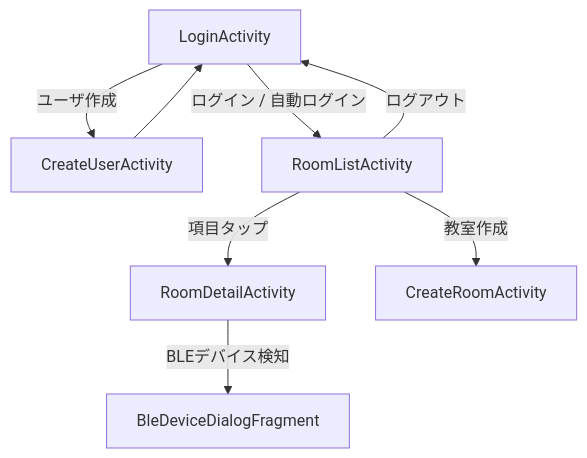
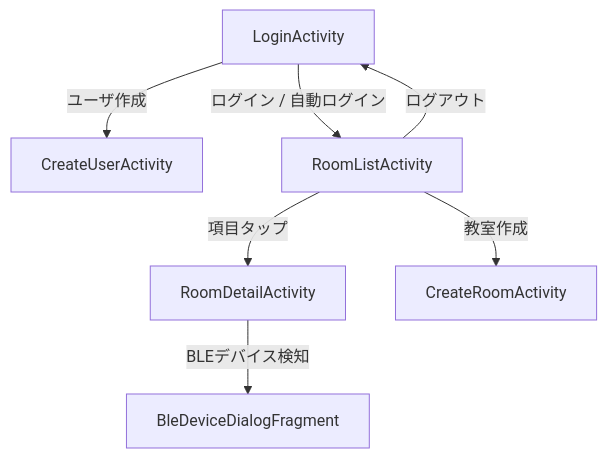
Before and after one commit to YoshiharaTakahiro/RoomMonitor: the diagram in README.md, drawn with Mermaid.

Commit message:
README.meの画面遷移変更

````diff
--- a/README.md
+++ b/README.md
@@ -50,10 +50,9 @@
 ```mermaid
 flowchart TD
     Login[LoginActivity] -->|ユーザ作成| CreateUser[CreateUserActivity]
     Login -->|ログイン / 自動ログイン| RoomList[RoomListActivity]
-    CreateUser --> Login
     RoomList -->|項目タップ| RoomDetail[RoomDetailActivity]
     RoomList -->|ログアウト| Login
     RoomList -->|教室作成| CreateRoom[CreateRoomActivity]
     RoomDetail -->|BLEデバイス検知| BleDialog[BleDeviceDialogFragment]
 ```
````
